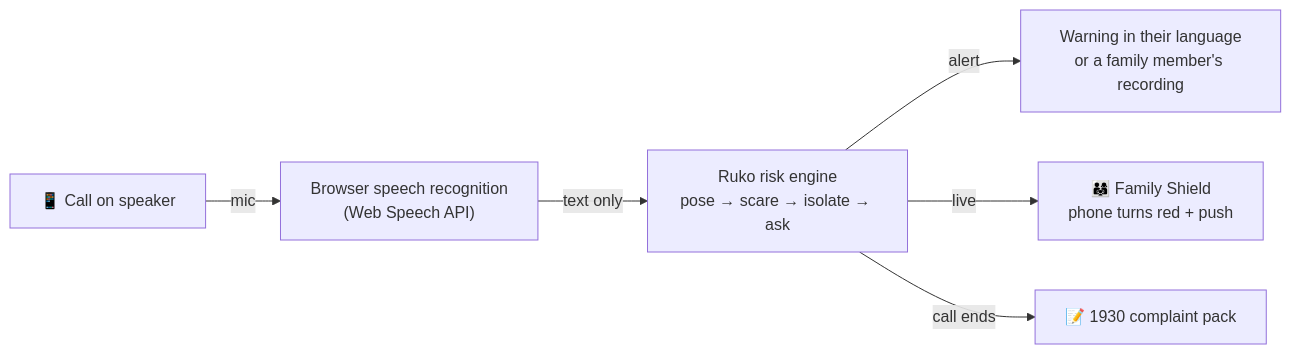
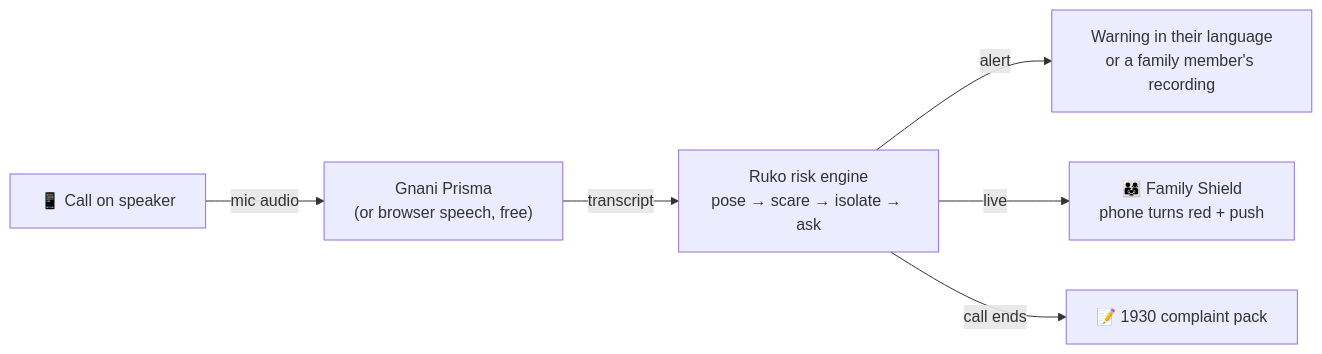
Before and after one commit to aadityaa0523/ruko-cfi: the diagram in README.md, drawn with Mermaid. The commit also changed other lines of this file and 29 other files, not shown here.

First line of the commit message:
AF: Gnani speech engine, website in 7 languages

````diff
--- a/README.md
+++ b/README.md
@@ -75,8 +75,8 @@
 ```mermaid
 flowchart LR
-    A["📱 Call on speaker"] -->|mic| B["Browser speech recognition<br/>(Web Speech API)"]
-    B -->|text only| C["Ruko risk engine<br/>pose → scare → isolate → ask"]
+    A["📱 Call on speaker"] -->|mic audio| B["Gnani Prisma<br/>(or browser speech, free)"]
+    B -->|transcript| C["Ruko risk engine<br/>pose → scare → isolate → ask"]
     C -->|alert| D["Warning in their language<br/>or a family member's recording"]
     C -->|live| E["👨‍👩‍👧 Family Shield<br/>phone turns red + push"]
     C -->|call ends| F["📝 1930 complaint pack"]
 ```
````
